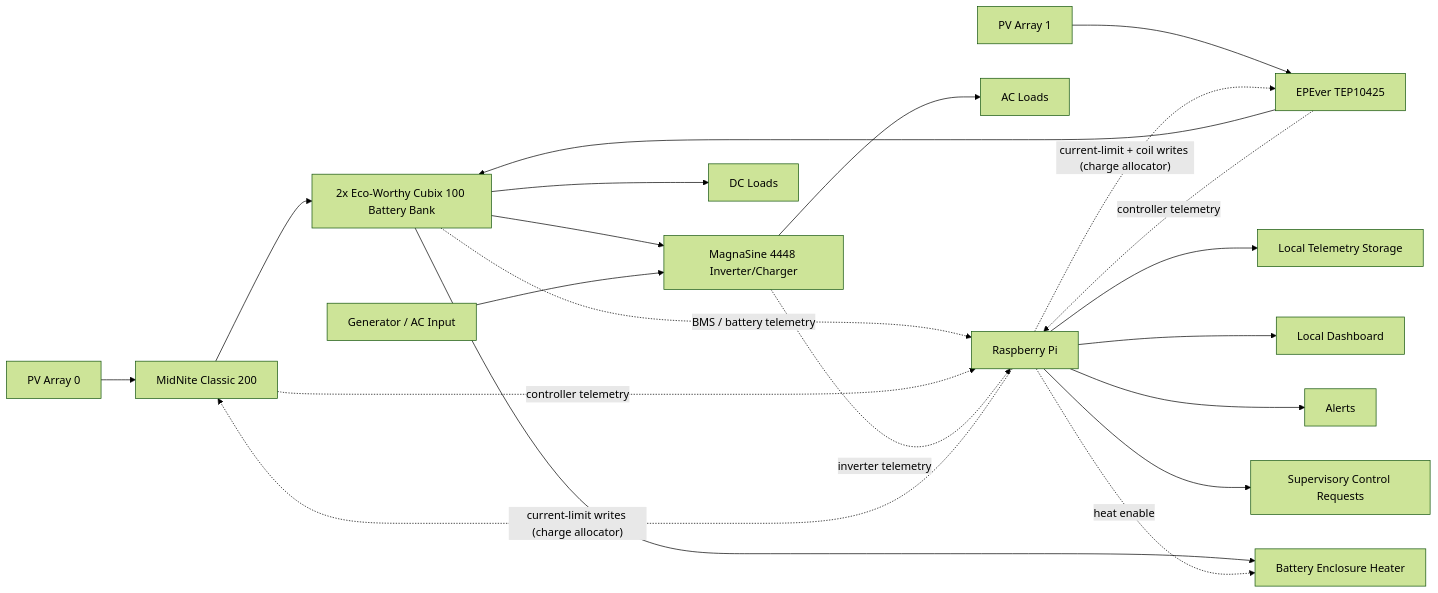
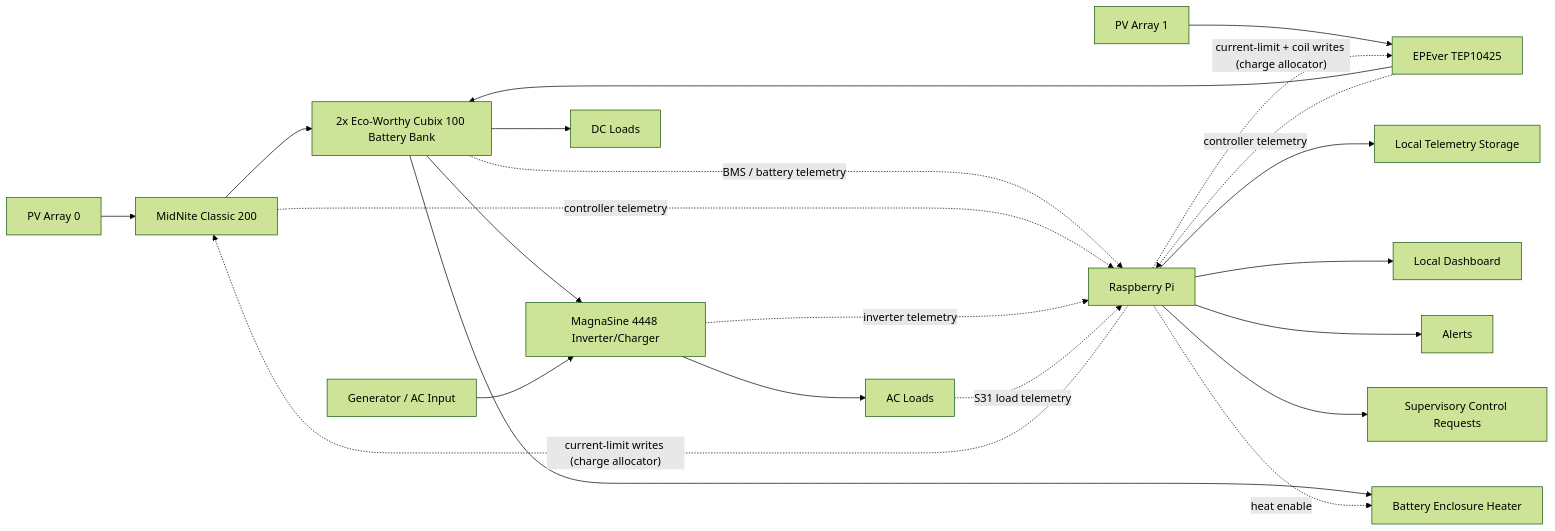
The diagram in docs/architecture.md (finitor/power-system), drawn with Mermaid (forest theme) before and after one commit. The commit also changed other lines of this file and 13 other files, not shown here.

````diff
--- a/docs/architecture.md
+++ b/docs/architecture.md
@@ -16,23 +18,24 @@
 ```mermaid
 flowchart LR
   Solar0[PV Array 0] --> Classic[MidNite Classic 200]
   Solar1[PV Array 1] --> Epever[EPEver TEP10425]
   Classic --> Battery[2x Eco-Worthy Cubix 100 Battery Bank]
   Epever --> Battery
   Battery --> Inverter[MagnaSine 4448 Inverter/Charger]
   Battery --> Heater[Battery Enclosure Heater]
   Inverter --> ACLoads[AC Loads]
   Battery --> DCLoads[DC Loads]
   Generator[Generator / AC Input] --> Inverter
   Battery -. BMS / battery telemetry .-> Pi[Raspberry Pi]
   Classic -. controller telemetry .-> Pi
   Epever -. controller telemetry .-> Pi
   Inverter -. inverter telemetry .-> Pi
+  ACLoads -. S31 load telemetry .-> Pi
   Pi -. current-limit writes (charge allocator) .-> Classic
   Pi -. current-limit + coil writes (charge allocator) .-> Epever
   Pi --> Telemetry[Local Telemetry Storage]
   Pi --> Dashboard[Local Dashboard]
   Pi --> Alerts[Alerts]
   Pi --> Control[Supervisory Control Requests]
   Pi -. heat enable .-> Heater
 ```
````
